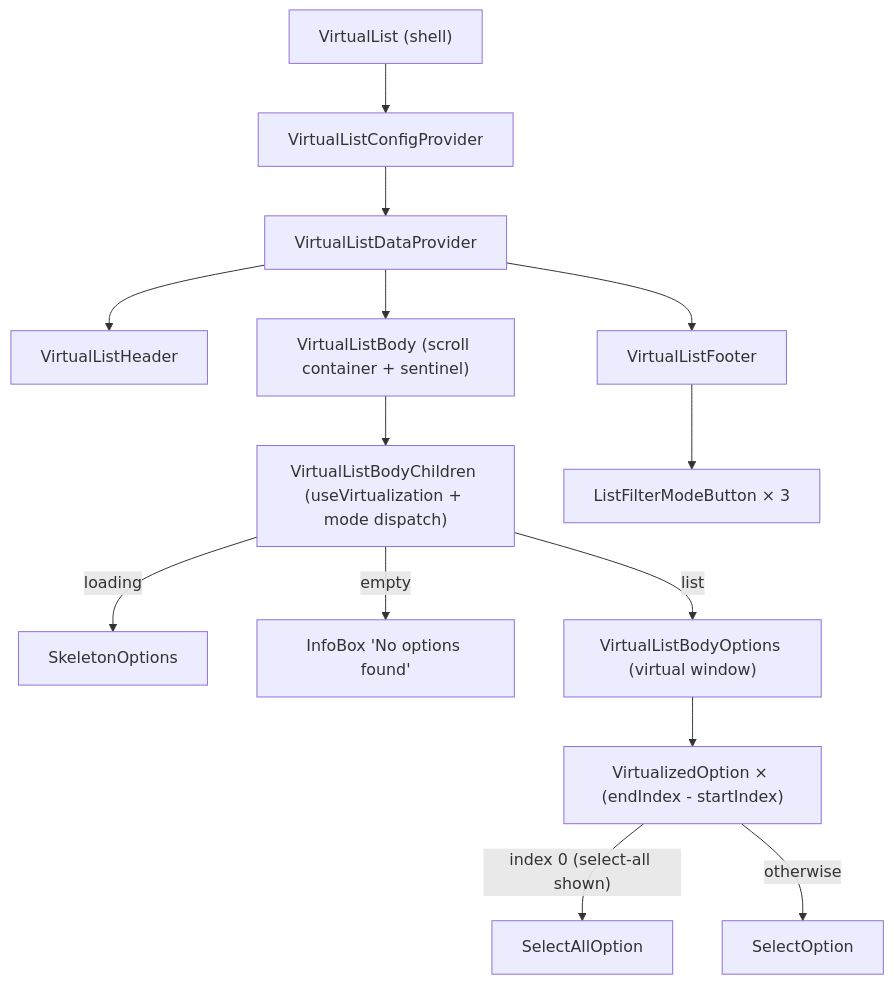
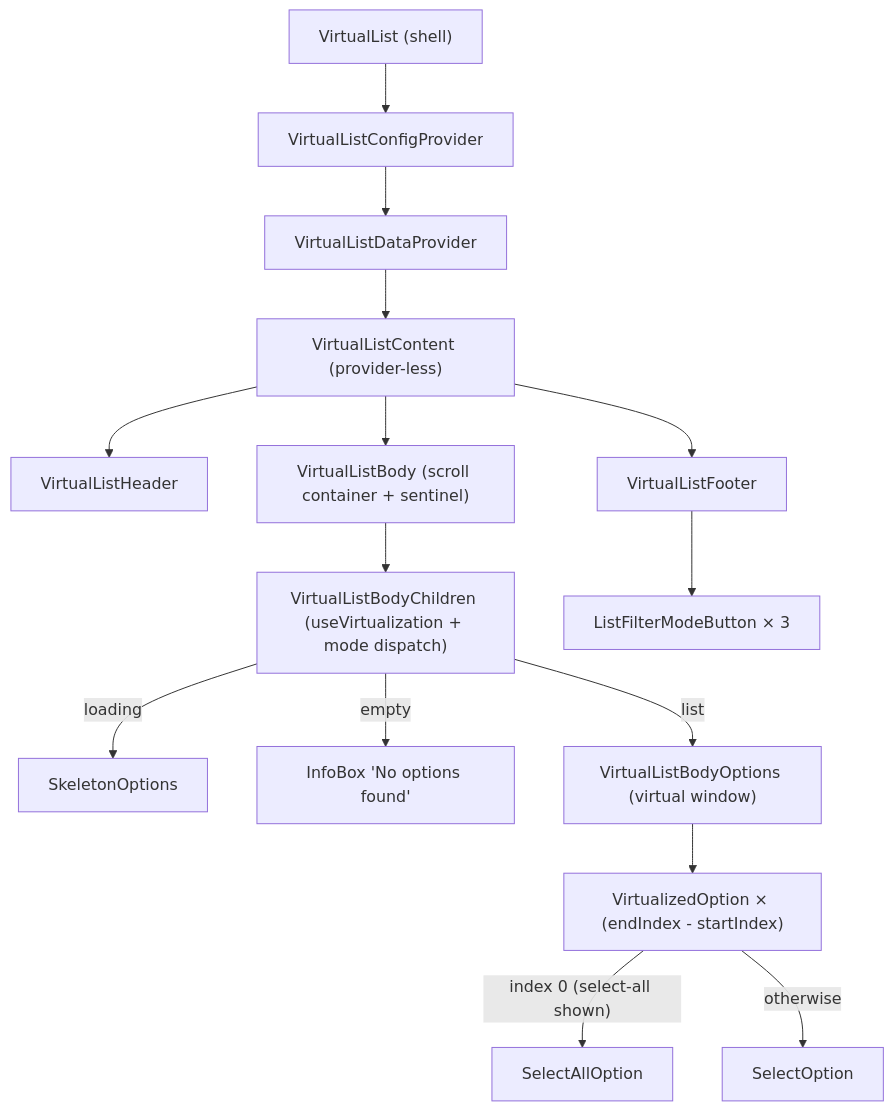
One commit to luciocabrera/lcabrera-stack changed the first of 3 diagrams in packages/ui/src/components/VirtualList/ARCHITECTURE.md. Above: the diagram before and after it, drawn with Mermaid. The commit also changed other lines of this file and 30 other files, not shown here.

First line of the commit message:
refactor(VirtualSelect): decouple dropdown and header from selection logic

````diff
--- a/packages/ui/src/components/VirtualList/ARCHITECTURE.md
+++ b/packages/ui/src/components/VirtualList/ARCHITECTURE.md
@@ -43,16 +48,17 @@
 ```mermaid
 graph TD
   VL["VirtualList (shell)"] --> CFG["VirtualListConfigProvider"]
   CFG --> DATA["VirtualListDataProvider"]
-  DATA --> VLH["VirtualListHeader"]
-  DATA --> VLB["VirtualListBody (scroll container + sentinel)"]
-  DATA --> VLF["VirtualListFooter"]
+  DATA --> VLC["VirtualListContent (provider-less)"]
+  VLC --> VLH["VirtualListHeader"]
+  VLC --> VLB["VirtualListBody (scroll container + sentinel)"]
+  VLC --> VLF["VirtualListFooter"]
   VLB --> VLBC["VirtualListBodyChildren (useVirtualization + mode dispatch)"]
   VLBC -->|loading| SKO["SkeletonOptions"]
   VLBC -->|empty| IB["InfoBox 'No options found'"]
   VLBC -->|list| VLBO["VirtualListBodyOptions (virtual window)"]
   VLBO --> VO["VirtualizedOption × (endIndex - startIndex)"]
   VO -->|"index 0 (select-all shown)"| SAO["SelectAllOption"]
   VO -->|otherwise| SO["SelectOption"]
   VLF --> LFMB["ListFilterModeButton × 3"]
 ```
````
